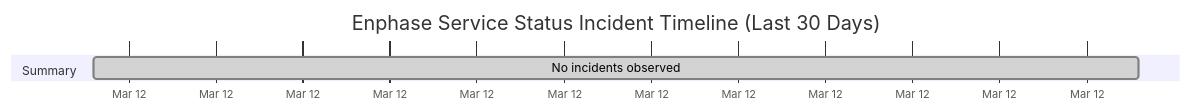
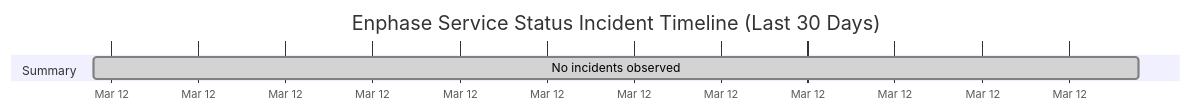
The diagram in wiki/Service-Status-History.md (barneyonline/ha-enphase-ev-charger), drawn with Mermaid before and after one commit. The commit also changed other lines of this file and 3 other files, not shown here.

````diff
--- a/wiki/Service-Status-History.md
+++ b/wiki/Service-Status-History.md
@@ -14,8 +14,8 @@
 ```mermaid
 gantt
     title Enphase Service Status Incident Timeline (Last 30 Days)
     dateFormat  YYYY-MM-DDTHH:mm:ss
     axisFormat  %b %d
     section Summary
-    No incidents observed :done, 2026-03-12T01:07:38, 1m
+    No incidents observed :done, 2026-03-12T04:05:39, 1m
 ```
````
